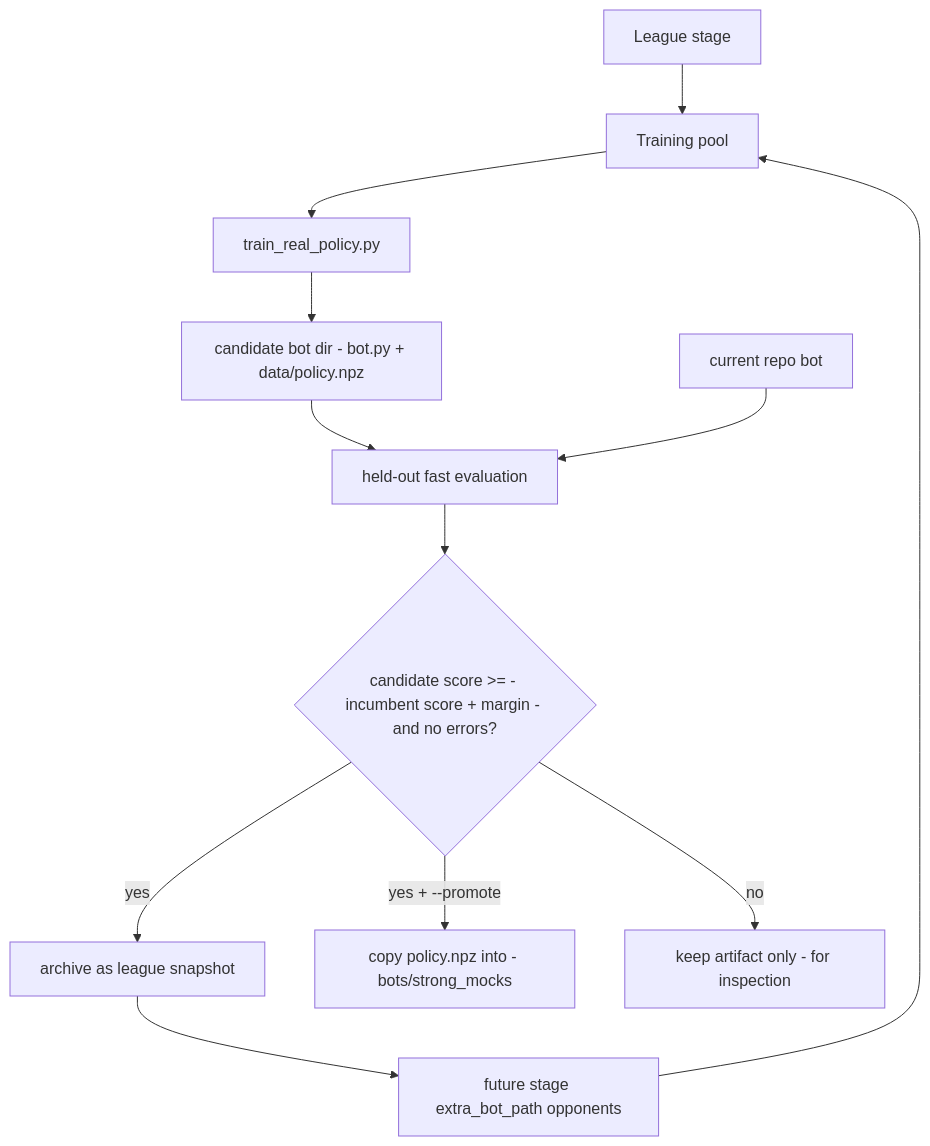
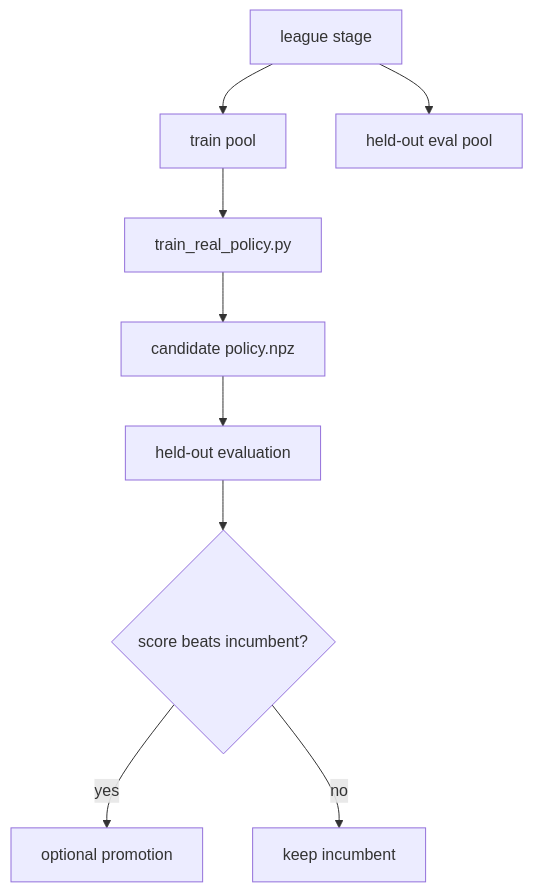
The diagram in docs/league-training-framework.md (kosunghun317/fullhouse-engine), drawn with Mermaid before and after one commit. The commit also changed other lines of this file and 18 other files, not shown here.

````diff
--- a/docs/league-training-framework.md
+++ b/docs/league-training-framework.md
@@ -51,14 +16,11 @@
 ```mermaid
 graph TD
-    Stage["League stage"] --> TrainPool["Training pool"]
-    TrainPool --> Trainer["train_real_policy.py"]
-    Trainer --> Candidate["candidate bot dir - bot.py + data/policy.npz"]
-    Candidate --> Eval["held-out fast evaluation"]
-    Incumbent["current repo bot"] --> Eval
-    Eval --> Compare{"candidate score >= - incumbent score + margin - and no errors?"}
-    Compare -->|yes| Archive["archive as league snapshot"]
-    Compare -->|yes + --promote| Promote["copy policy.npz into - bots/strong_mocks"]
-    Compare -->|no| Reject["keep artifact only - for inspection"]
-    Archive --> Future["future stage extra_bot_path opponents"]
-    Future --> TrainPool
+    Stage["league stage"] --> TrainPool["train pool"]
+    Stage --> EvalPool["held-out eval pool"]
+    TrainPool --> Train["train_real_policy.py"]
+    Train --> Candidate["candidate policy.npz"]
+    Candidate --> Eval["held-out evaluation"]
+    Eval --> Gate{"score beats incumbent?"}
+    Gate -->|yes| Promote["optional promotion"]
+    Gate -->|no| Keep["keep incumbent"]
 ```
````
